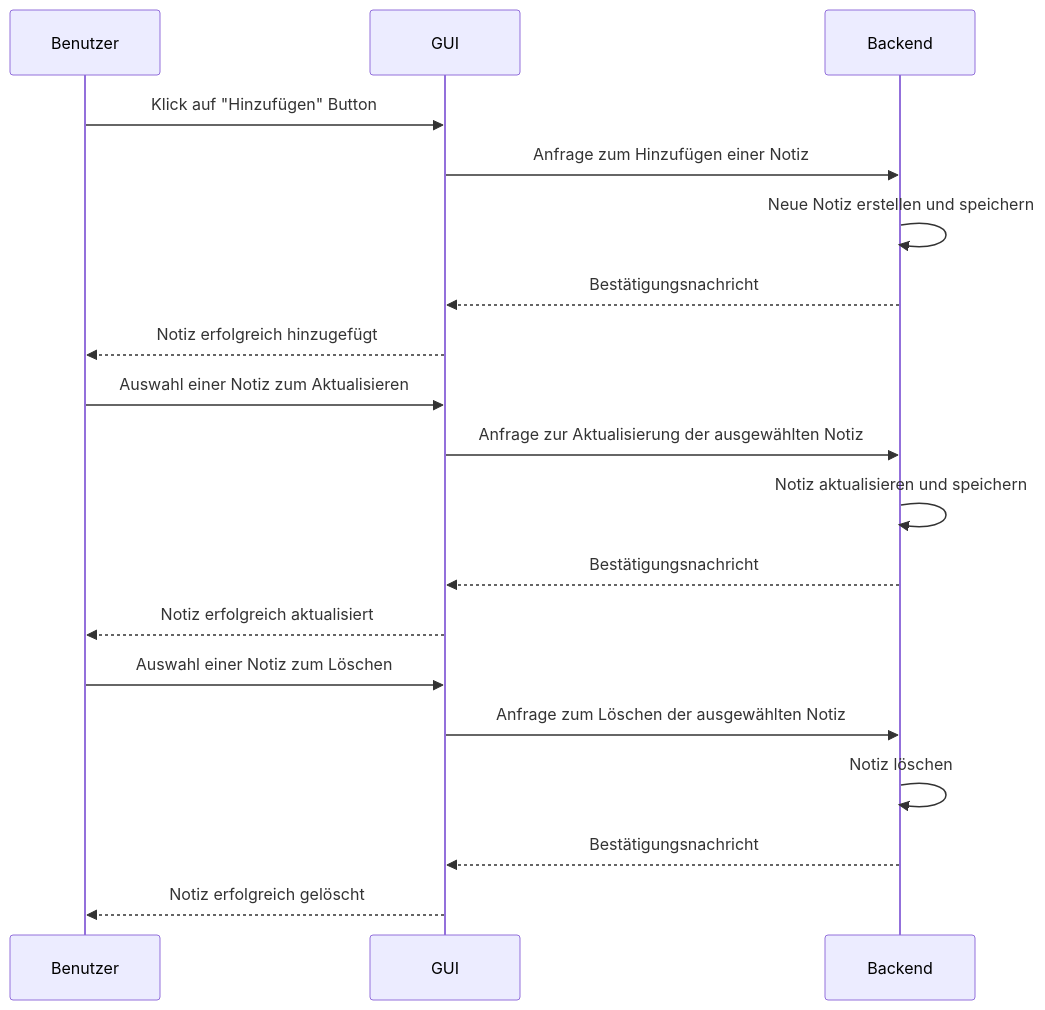
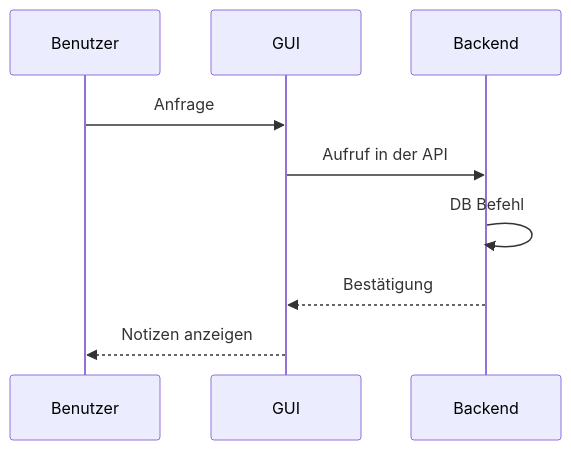
The fourth of 4 diagrams in README.md (Zylla69/API_Projekt_2024), drawn with Mermaid before and after one commit. The commit also changed other lines of this file, not shown here.

````diff
--- a/README.md
+++ b/README.md
@@ -337,25 +337,12 @@
 ```mermaid
 sequenceDiagram
     participant Benutzer
     participant GUI
     participant Backend
 
-    Benutzer->>GUI: Klick auf "Hinzufügen" Button
-    GUI->>Backend: Anfrage zum Hinzufügen einer Notiz
-    Backend->>Backend: Neue Notiz erstellen und speichern
-    Backend-->>GUI: Bestätigungsnachricht
-    GUI-->>Benutzer: Notiz erfolgreich hinzugefügt
-
-    Benutzer->>GUI: Auswahl einer Notiz zum Aktualisieren
-    GUI->>Backend: Anfrage zur Aktualisierung der ausgewählten Notiz
-    Backend->>Backend: Notiz aktualisieren und speichern
-    Backend-->>GUI: Bestätigungsnachricht
-    GUI-->>Benutzer: Notiz erfolgreich aktualisiert
-
-    Benutzer->>GUI: Auswahl einer Notiz zum Löschen
-    GUI->>Backend: Anfrage zum Löschen der ausgewählten Notiz
-    Backend->>Backend: Notiz löschen
-    Backend-->>GUI: Bestätigungsnachricht
-    GUI-->>Benutzer: Notiz erfolgreich gelöscht
-
+    Benutzer->>GUI: Anfrage
+    GUI->>Backend: Aufruf in der API
+    Backend->>Backend: DB Befehl
+    Backend-->>GUI: Bestätigung
+    GUI-->>Benutzer: Notizen anzeigen
 ```
````
